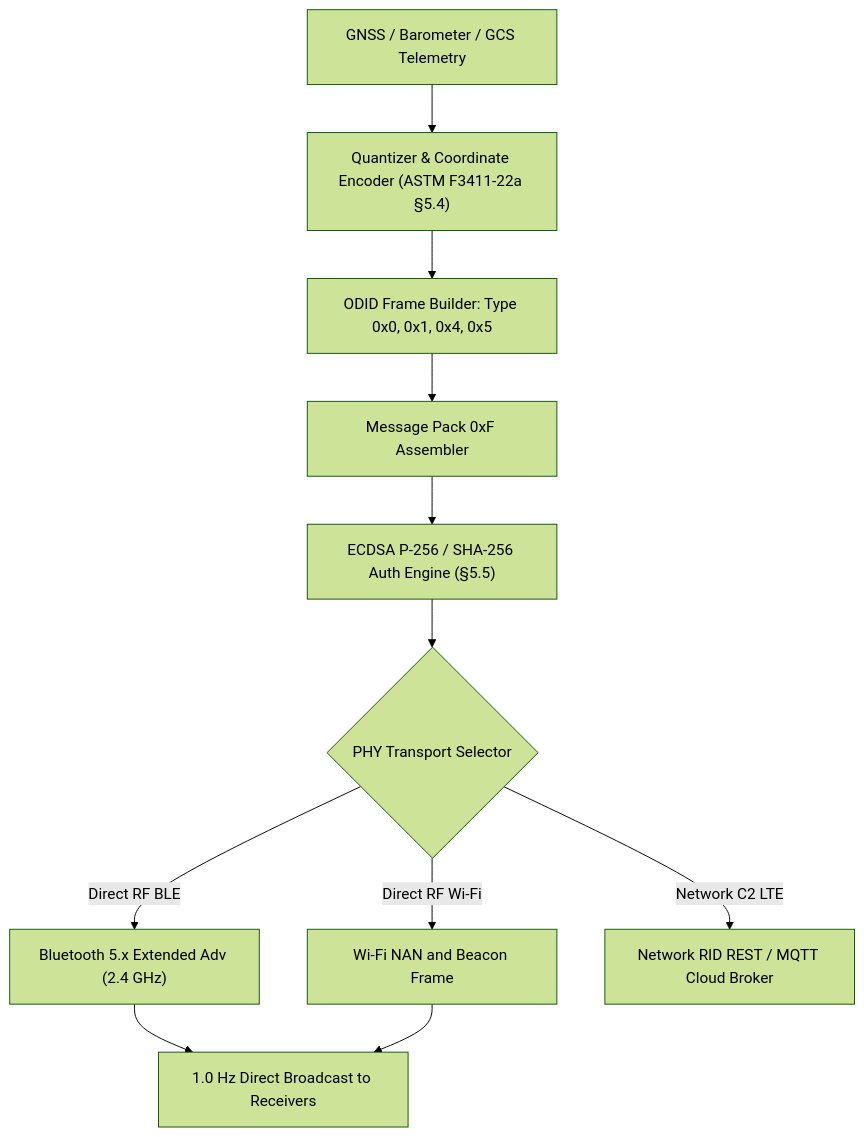
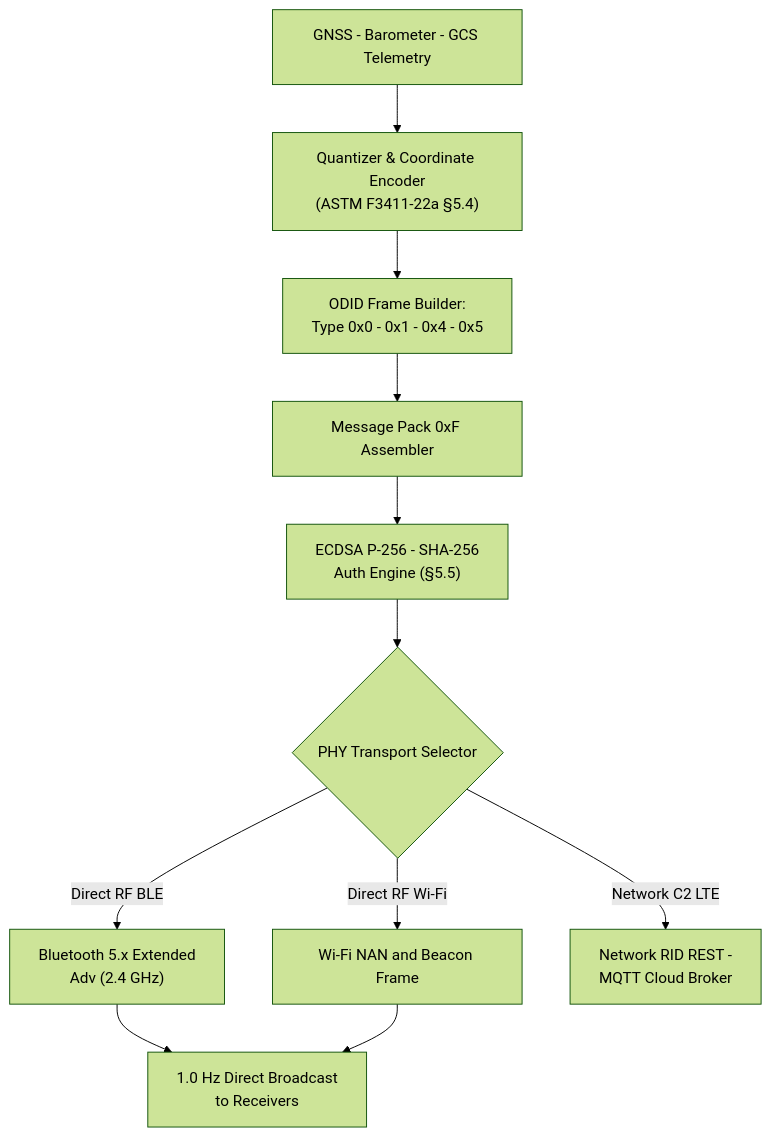
Before and after one commit to gintatkinson/uav-13: the fourth of 5 diagrams in docs/catalogs/SORA_AIRWORTHINESS_DAA_CATALOG.md, drawn with Mermaid (forest theme). The commit also changed other lines of this file and 176 other files, not shown here.

Commit message:
fix(template): purge schema pollution and synchronize pipeline from spec-core

````diff
--- a/docs/catalogs/SORA_AIRWORTHINESS_DAA_CATALOG.md
+++ b/docs/catalogs/SORA_AIRWORTHINESS_DAA_CATALOG.md
@@ -324,16 +329,16 @@
 ```mermaid
 flowchart TD
-    Sensors["GNSS / Barometer / GCS Telemetry"] --> Quantizer["Quantizer & Coordinate Encoder (ASTM F3411-22a §5.4)"]
-    Quantizer --> MsgBuilder["ODID Frame Builder: Type 0x0, 0x1, 0x4, 0x5"]
+    Sensors["GNSS - Barometer - GCS Telemetry"] --> Quantizer["Quantizer & Coordinate Encoder<br/>(ASTM F3411-22a §5.4)"]
+    Quantizer --> MsgBuilder["ODID Frame Builder:<br/>Type 0x0 - 0x1 - 0x4 - 0x5"]
 
     MsgBuilder --> PackAssembler["Message Pack 0xF Assembler"]
-    PackAssembler --> CryptoSigner["ECDSA P-256 / SHA-256 Auth Engine (§5.5)"]
+    PackAssembler --> CryptoSigner["ECDSA P-256 - SHA-256<br/>Auth Engine (§5.5)"]
 
     CryptoSigner --> FrameMux{"PHY Transport Selector"}
-    FrameMux -->|"Direct RF BLE"| BLE_Adv["Bluetooth 5.x Extended Adv (2.4 GHz)"]
+    FrameMux -->|"Direct RF BLE"| BLE_Adv["Bluetooth 5.x Extended<br/>Adv (2.4 GHz)"]
     FrameMux -->|"Direct RF Wi-Fi"| WiFi_Adv["Wi-Fi NAN and Beacon Frame"]
-    FrameMux -->|"Network C2 LTE"| DSS_Broker["Network RID REST / MQTT Cloud Broker"]
+    FrameMux -->|"Network C2 LTE"| DSS_Broker["Network RID REST -<br/>MQTT Cloud Broker"]
 
-    BLE_Adv --> AirspaceBroadcast["1.0 Hz Direct Broadcast to Receivers"]
+    BLE_Adv --> AirspaceBroadcast["1.0 Hz Direct Broadcast<br/>to Receivers"]
     WiFi_Adv --> AirspaceBroadcast
 ```
````
